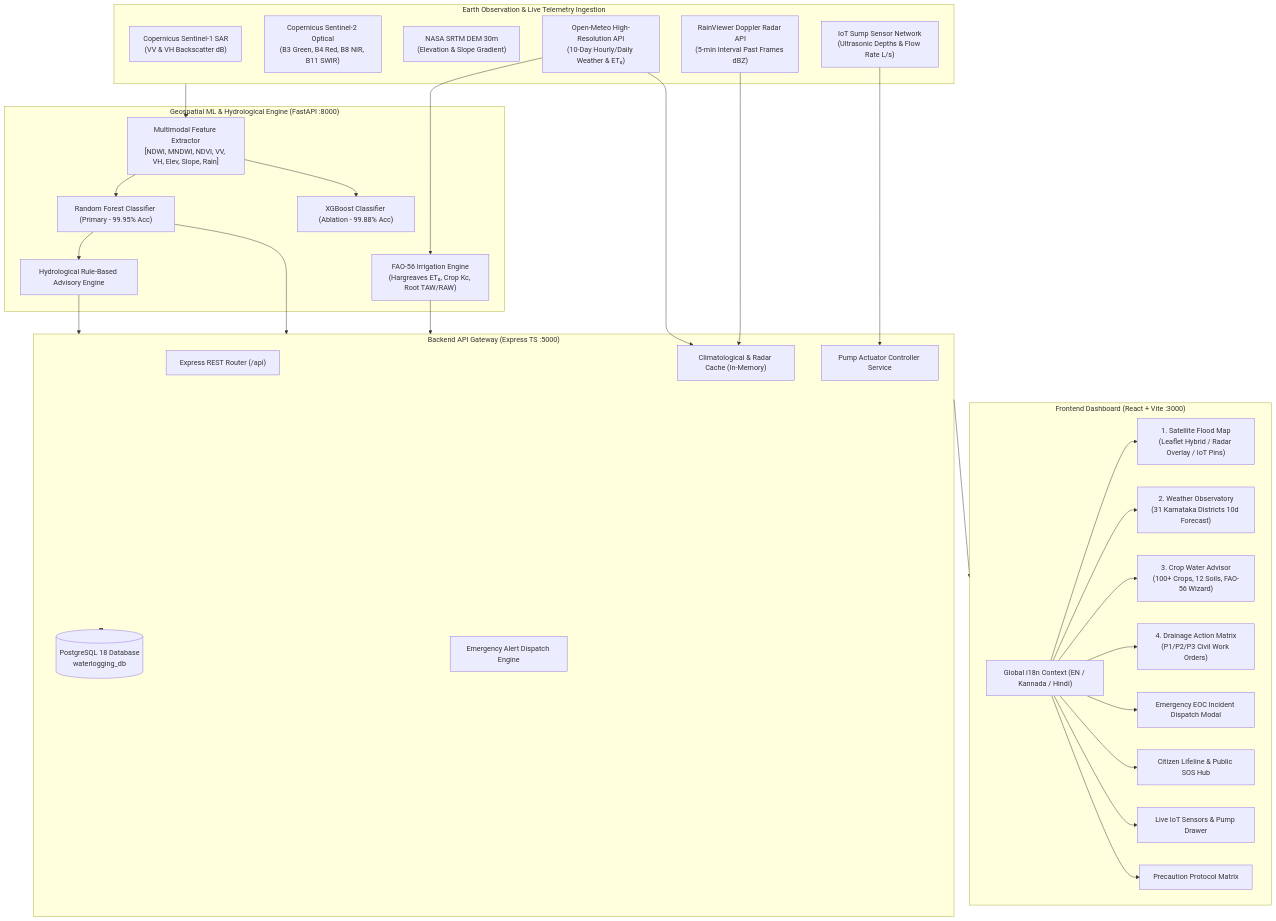
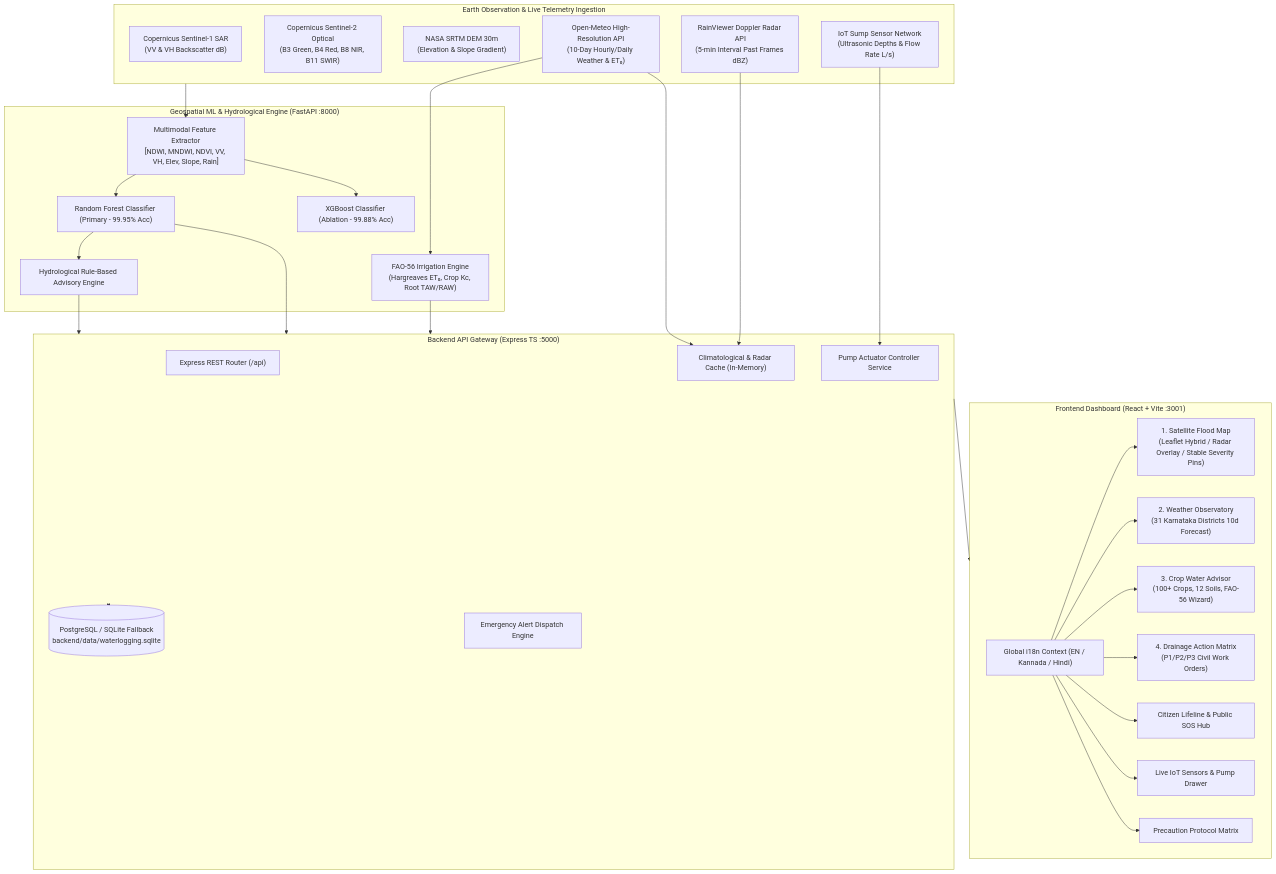
One commit to Pavan16904/waterlogging_jaladrishti changed the first of 5 diagrams in TECHNICAL_DOCUMENT.md. Above: the diagram before and after it, drawn with Mermaid. The commit also changed other lines of this file and 24 other files, not shown here.

````diff
--- a/TECHNICAL_DOCUMENT.md
+++ b/TECHNICAL_DOCUMENT.md
@@ -24,55 +24,54 @@
 ```mermaid
 flowchart TB
     subgraph DataSources["Earth Observation & Live Telemetry Ingestion"]
         S1["Copernicus Sentinel-1 SAR<br/>(VV & VH Backscatter dB)"]
         S2["Copernicus Sentinel-2 Optical<br/>(B3 Green, B4 Red, B8 NIR, B11 SWIR)"]
         DEM["NASA SRTM DEM 30m<br/>(Elevation & Slope Gradient)"]
         MET["Open-Meteo High-Resolution API<br/>(10-Day Hourly/Daily Weather & ET₀)"]
         RADAR["RainViewer Doppler Radar API<br/>(5-min Interval Past Frames dBZ)"]
         IOT["IoT Sump Sensor Network<br/>(Ultrasonic Depths & Flow Rate L/s)"]
     end
 
     subgraph MLEngine["Geospatial ML & Hydrological Engine (FastAPI :8000)"]
         FE["Multimodal Feature Extractor<br/>[NDWI, MNDWI, NDVI, VV, VH, Elev, Slope, Rain]"]
         RF["Random Forest Classifier (Primary - 99.95% Acc)"]
         XGB["XGBoost Classifier (Ablation - 99.88% Acc)"]
         FAO["FAO-56 Irrigation Engine<br/>(Hargreaves ET₀, Crop Kc, Root TAW/RAW)"]
         DRAIN["Hydrological Rule-Based Advisory Engine"]
     end
 
     subgraph BackendGateway["Backend API Gateway (Express TS :5000)"]
         ROUTER["Express REST Router (/api)"]
         CACHE["Climatological & Radar Cache (In-Memory)"]
-        DB[(PostgreSQL 18 Database<br/>waterlogging_db)]
+        DB[(PostgreSQL / SQLite Fallback<br/>backend/data/waterlogging.sqlite)]
         PUMP_ACT["Pump Actuator Controller Service"]
         ALERT_ENG["Emergency Alert Dispatch Engine"]
     end
 
-    subgraph FrontendApp["Frontend Dashboard (React + Vite :3000)"]
+    subgraph FrontendApp["Frontend Dashboard (React + Vite :3001)"]
         I18N["Global i18n Context (EN / Kannada / Hindi)"]
-        PAGE1["1. Satellite Flood Map<br/>(Leaflet Hybrid / Radar Overlay / IoT Pins)"]
+        PAGE1["1. Satellite Flood Map<br/>(Leaflet Hybrid / Radar Overlay / Stable Severity Pins)"]
         PAGE2["2. Weather Observatory<br/>(31 Karnataka Districts 10d Forecast)"]
         PAGE3["3. Crop Water Advisor<br/>(100+ Crops, 12 Soils, FAO-56 Wizard)"]
         PAGE4["4. Drainage Action Matrix<br/>(P1/P2/P3 Civil Work Orders)"]
-        MODAL1["Emergency EOC Incident Dispatch Modal"]
-        MODAL2["Citizen Lifeline & Public SOS Hub"]
-        MODAL3["Live IoT Sensors & Pump Drawer"]
-        MODAL4["Precaution Protocol Matrix"]
+        MODAL1["Citizen Lifeline & Public SOS Hub"]
+        MODAL2["Live IoT Sensors & Pump Drawer"]
+        MODAL3["Precaution Protocol Matrix"]
     end
 
     DataSources --> FE
     FE --> RF
     FE --> XGB
     RF --> DRAIN
     MET --> FAO
     MET --> CACHE
     RADAR --> CACHE
     IOT --> PUMP_ACT
     
     RF --> BackendGateway
     FAO --> BackendGateway
     DRAIN --> BackendGateway
     BackendGateway <--> DB
     BackendGateway --> FrontendApp
-    I18N --> PAGE1 & PAGE2 & PAGE3 & PAGE4 & MODAL1 & MODAL2 & MODAL3 & MODAL4
+    I18N --> PAGE1 & PAGE2 & PAGE3 & PAGE4 & MODAL1 & MODAL2 & MODAL3
 ```
````
